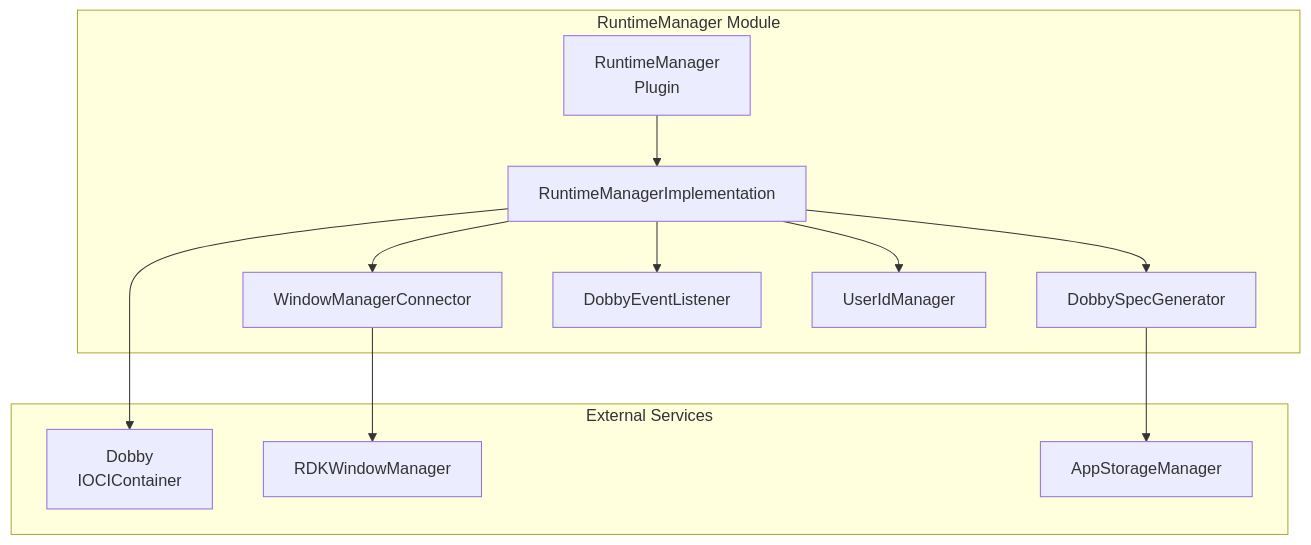
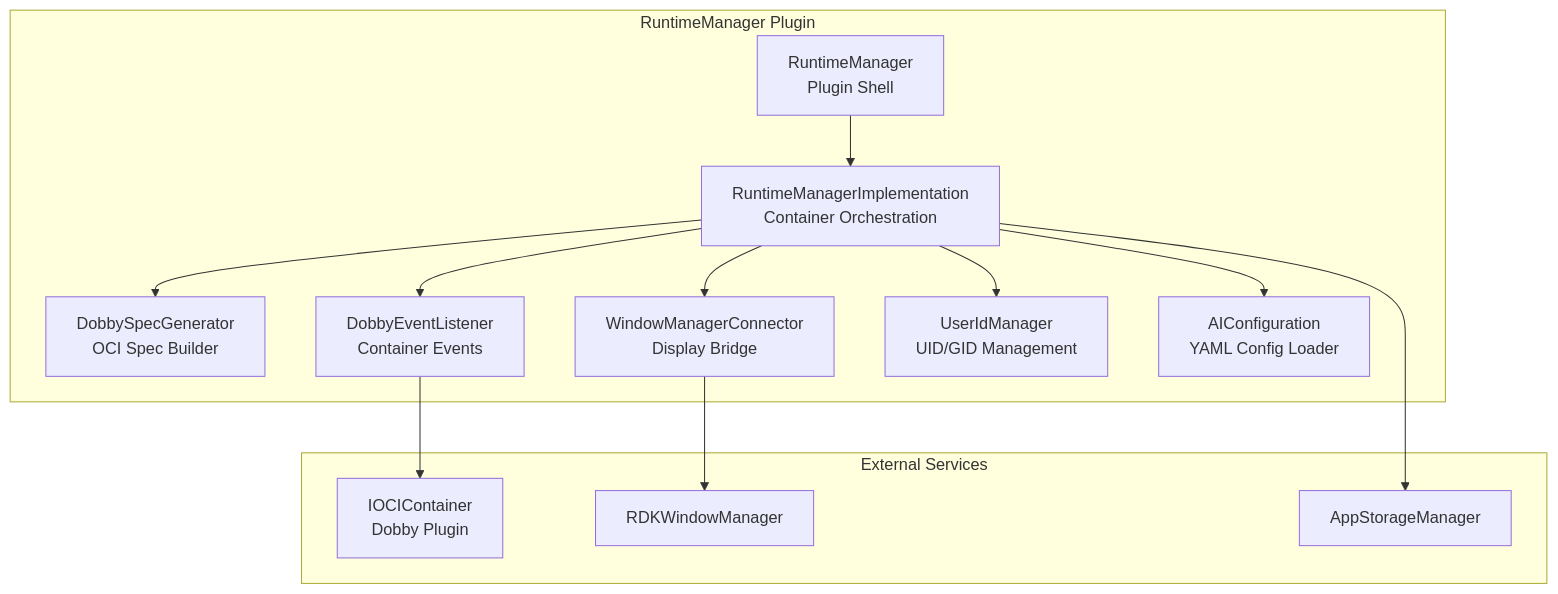
Before and after one commit to rdkcentral/entservices-appmanagers: the first of 10 diagrams in RuntimeManager/RuntimeManager.md, drawn with Mermaid. The commit also changed other lines of this file and 19 other files, not shown here.

````diff
--- a/RuntimeManager/RuntimeManager.md
+++ b/RuntimeManager/RuntimeManager.md
@@ -33,26 +41,28 @@
 ```mermaid
 graph TB
-    subgraph "RuntimeManager Module"
-        RTM[RuntimeManager<br/>Plugin]
-        RTMI[RuntimeManagerImplementation]
-        DSG[DobbySpecGenerator]
-        WMC[WindowManagerConnector]
-        DEL[DobbyEventListener]
-        UID[UserIdManager]
+    subgraph "RuntimeManager Plugin"
+        Shell[RuntimeManager<br/>Plugin Shell]
+        Impl[RuntimeManagerImplementation<br/>Container Orchestration]
+        DSG[DobbySpecGenerator<br/>OCI Spec Builder]
+        DEL[DobbyEventListener<br/>Container Events]
+        WMC[WindowManagerConnector<br/>Display Bridge]
+        UIM[UserIdManager<br/>UID/GID Management]
+        AIC[AIConfiguration<br/>YAML Config Loader]
     end
 
     subgraph "External Services"
-        Dobby[Dobby<br/>IOCIContainer]
-        WinMgr[RDKWindowManager]
-        StorMgr[AppStorageManager]
+        OCI[IOCIContainer<br/>Dobby Plugin]
+        WM[RDKWindowManager]
+        ASM[AppStorageManager]
     end
 
-    RTM --> RTMI
-    RTMI --> DSG
-    RTMI --> WMC
-    RTMI --> DEL
-    RTMI --> UID
-    RTMI --> Dobby
-    WMC --> WinMgr
-    DSG --> StorMgr
+    Shell --> Impl
+    Impl --> DSG
+    Impl --> DEL
+    Impl --> WMC
+    Impl --> UIM
+    Impl --> AIC
+    DEL --> OCI
+    WMC --> WM
+    Impl --> ASM
 ```
````
